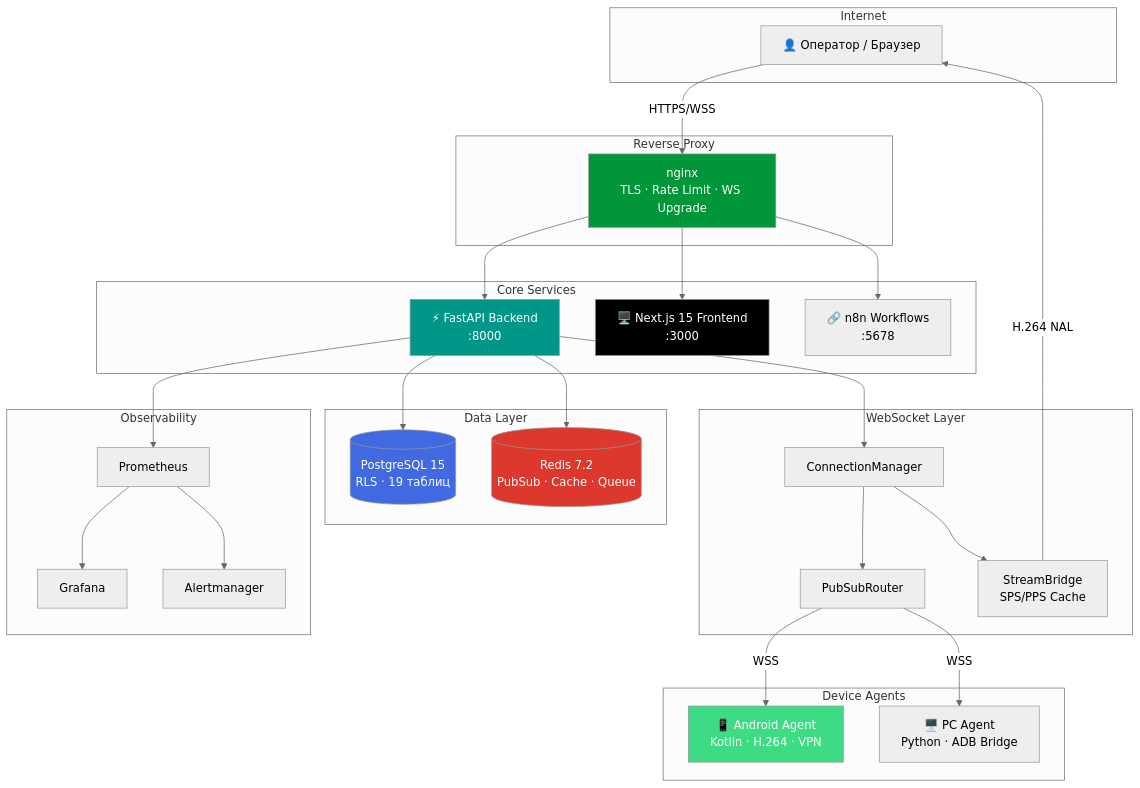
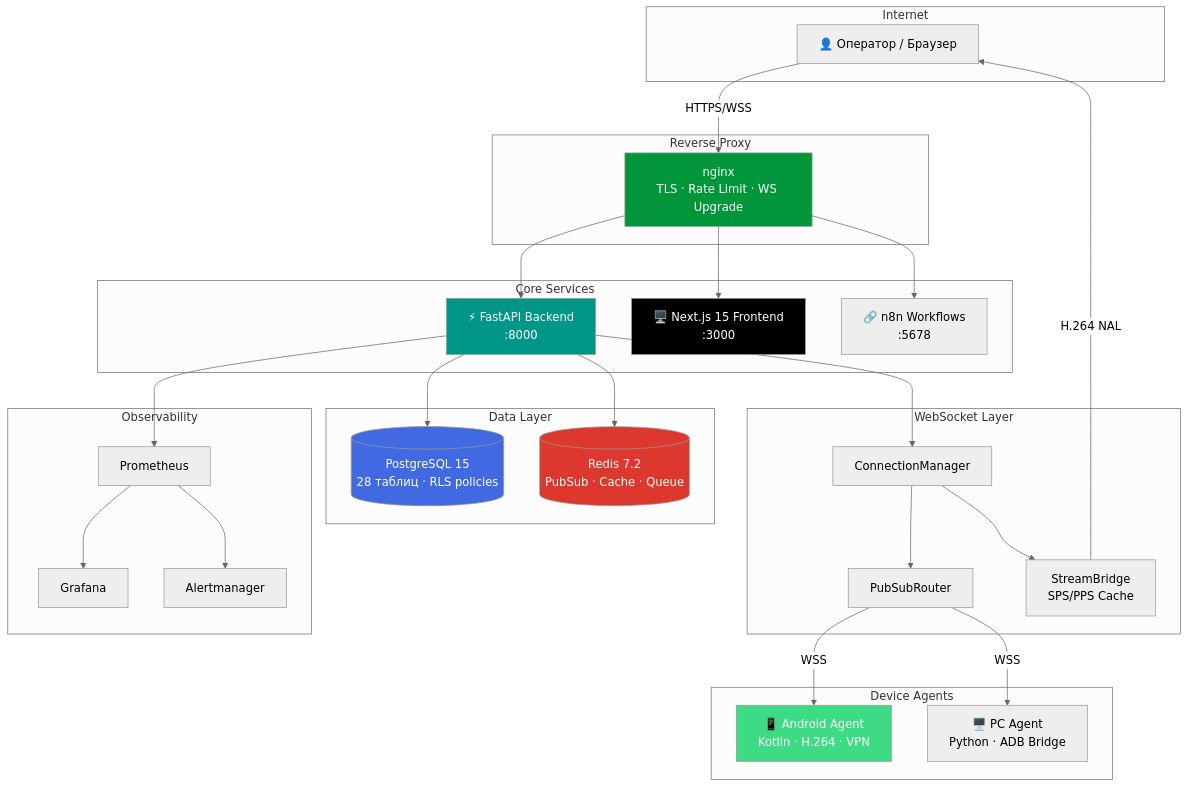
Before and after one commit to RootOne1337/sphere-platform: the first of 5 diagrams in README.md, drawn with Mermaid (neutral theme). The commit also changed other lines of this file and 22 other files, not shown here.

````diff
--- a/README.md
+++ b/README.md
@@ -149,64 +155,64 @@
 ```mermaid
 graph TB
     subgraph Internet
         USER[👤 Оператор / Браузер]
     end
 
     subgraph PROXY[Reverse Proxy]
         NGINX[nginx<br/>TLS · Rate Limit · WS Upgrade]
     end
 
     subgraph CORE[Core Services]
         BACKEND[⚡ FastAPI Backend<br/>:8000]
         FRONTEND[🖥️ Next.js 15 Frontend<br/>:3000]
         N8N[🔗 n8n Workflows<br/>:5678]
     end
 
     subgraph DATA[Data Layer]
-        PG[(PostgreSQL 15<br/>RLS · 19 таблиц)]
+        PG[(PostgreSQL 15<br/>28 таблиц · RLS policies)]
         REDIS[(Redis 7.2<br/>PubSub · Cache · Queue)]
     end
 
     subgraph WS_LAYER[WebSocket Layer]
         CM[ConnectionManager]
         PSR[PubSubRouter]
         SB[StreamBridge<br/>SPS/PPS Cache]
     end
 
     subgraph MONITORING[Observability]
         PROM[Prometheus]
         GRAF[Grafana]
         ALERT[Alertmanager]
     end
 
     subgraph AGENTS[Device Agents]
         ANDROID[📱 Android Agent<br/>Kotlin · H.264 · VPN]
         PC[🖥️ PC Agent<br/>Python · ADB Bridge]
     end
 
     USER -->|HTTPS/WSS| NGINX
     NGINX --> BACKEND
     NGINX --> FRONTEND
     NGINX --> N8N
 
     BACKEND --> PG
     BACKEND --> REDIS
     BACKEND --> CM
     CM --> PSR
     CM --> SB
 
     PSR -->|WSS| ANDROID
     PSR -->|WSS| PC
     SB -->|H.264 NAL| USER
 
     BACKEND --> PROM
     PROM --> GRAF
     PROM --> ALERT
 
     style BACKEND fill:#009688,color:#fff
     style FRONTEND fill:#000,color:#fff
     style PG fill:#4169E1,color:#fff
     style REDIS fill:#DC382D,color:#fff
     style ANDROID fill:#3DDC84,color:#fff
     style NGINX fill:#009639,color:#fff
 ```
````
